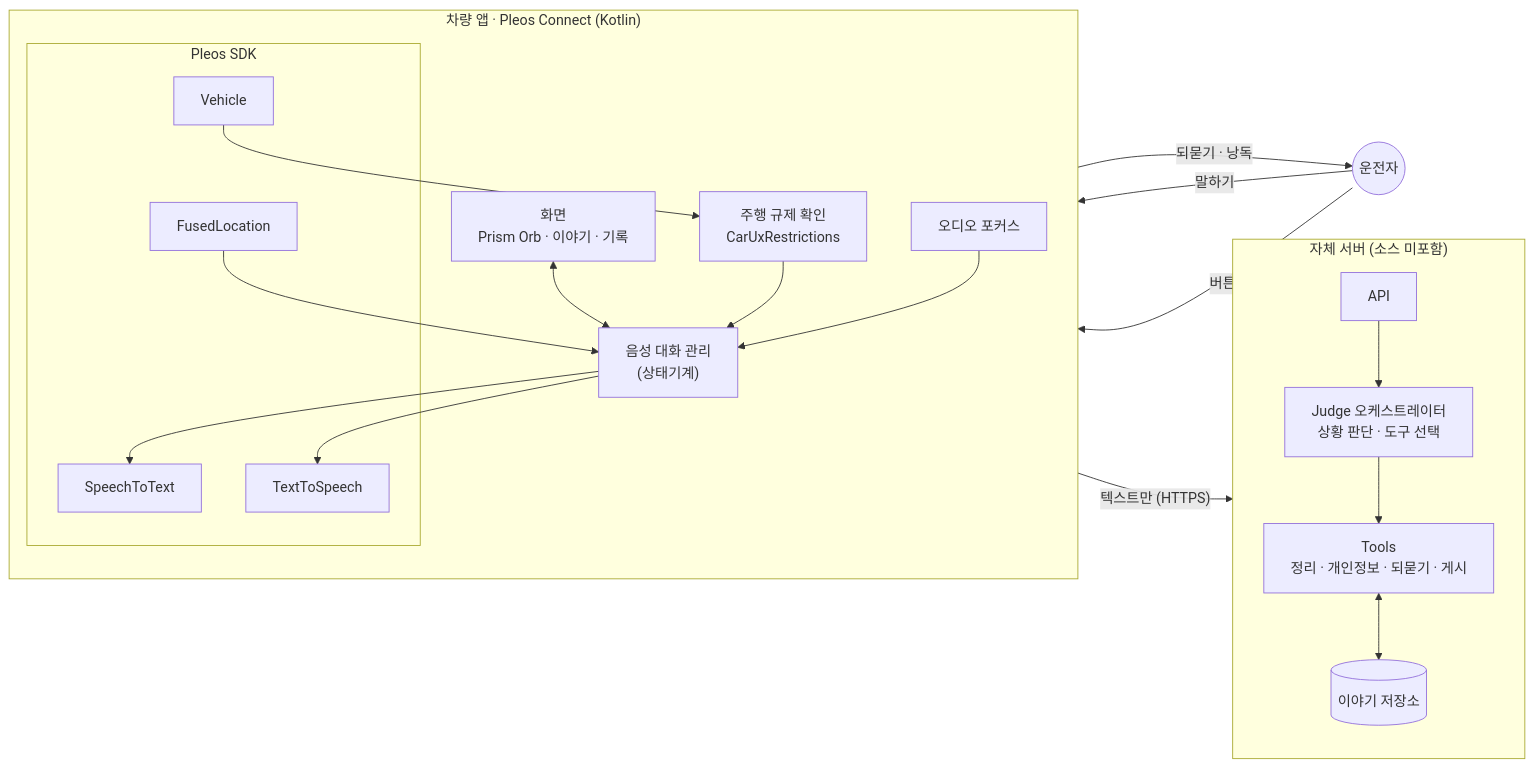
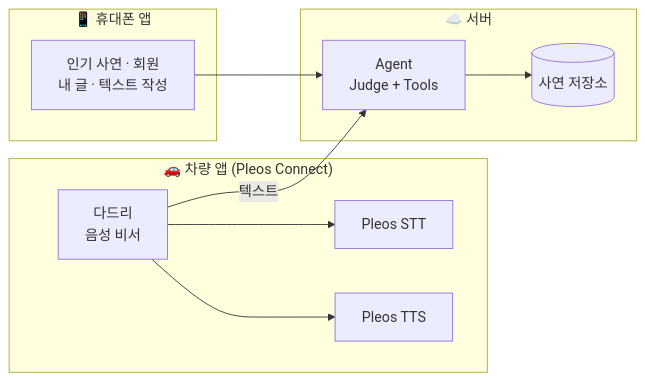
The first of 2 diagrams in README.md (Hyundai-MotorApp-Contest/unseen-roads), drawn with Mermaid before and after one commit. The commit also changed other lines of this file, not shown here.

First line of the commit message:
docs(readme): 아워로드 문제 정의·기능·단순화한 Agent 구조로 개편

````diff
--- a/README.md
+++ b/README.md
@@ -24,39 +41,21 @@
 ```mermaid
 flowchart LR
-  DRIVER(("운전자"))
-  subgraph CAR["차량 앱 · Pleos Connect (Kotlin)"]
-    direction TB
-    UI["화면<br/>Prism Orb · 이야기 · 기록"]
-    ORCH["음성 대화 관리<br/>(상태기계)"]
-    GATE["주행 규제 확인<br/>CarUxRestrictions"]
-    AF["오디오 포커스"]
-    subgraph SDK["Pleos SDK"]
-      STT["SpeechToText"]
-      TTS["TextToSpeech"]
-      LOC["FusedLocation"]
-      VEH["Vehicle"]
-    end
+  subgraph CAR["🚗 차량 앱 (Pleos Connect)"]
+    DADRI["다드리<br/>음성 비서"]
+    STT["Pleos STT"]
+    TTS["Pleos TTS"]
   end
-  subgraph SRV["자체 서버 (소스 미포함)"]
-    direction TB
-    API["API"]
-    JDG["Judge 오케스트레이터<br/>상황 판단 · 도구 선택"]
-    LLM["Tools<br/>정리 · 개인정보 · 되묻기 · 게시"]
-    DB[("이야기 저장소")]
+  subgraph PHONE["📱 휴대폰 앱"]
+    MOB["인기 사연 · 회원<br/>내 글 · 텍스트 작성"]
+  end
+  subgraph SERVER["☁️ 서버"]
+    AGENT["Agent<br/>Judge + Tools"]
+    DB[("사연 저장소")]
   end
 
-  DRIVER -- "말하기" --> STT
-  TTS -- "되묻기 · 낭독" --> DRIVER
-  DRIVER -- "버튼" --> UI
-  UI <--> ORCH
-  GATE --> ORCH
-  AF --> ORCH
-  VEH --> GATE
-  ORCH --> STT
-  ORCH --> TTS
-  LOC --> ORCH
-  ORCH -- "텍스트만 (HTTPS)" --> API
-  API --> JDG
-  JDG --> LLM
-  LLM <--> DB
+  DADRI --> STT
+  DADRI --> TTS
+  DADRI -- "텍스트" --> AGENT
+  MOB --> AGENT
+  AGENT --> DB
 ```
````
